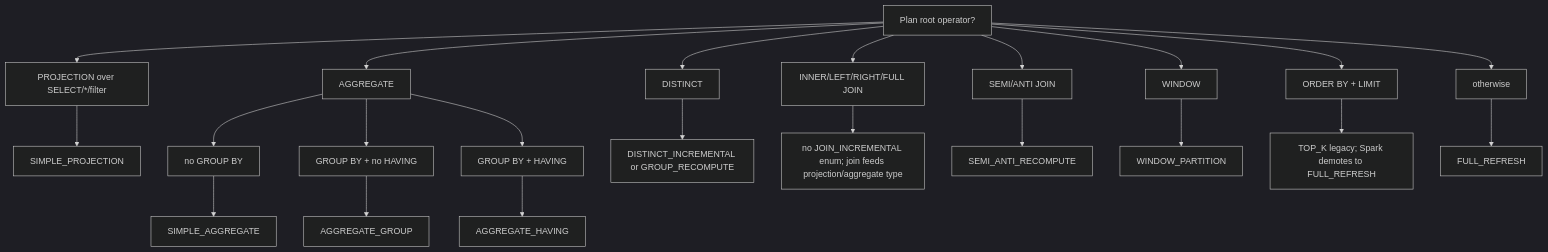
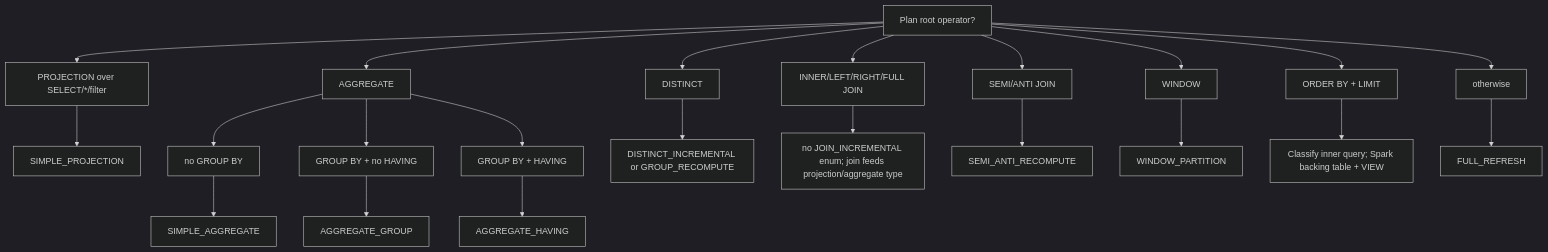
Before and after one commit to mdrakiburrahman/openivm-spark: the second of 2 diagrams in docs/architecture/openivm/3-incremental-checker-and-refresh-types.md, drawn with Mermaid (dark theme). The commit also changed other lines of this file and 11 other files, not shown here.

Commit message:
feat: maintain Top-K through backing views

````diff
--- a/docs/architecture/openivm/3-incremental-checker-and-refresh-types.md
+++ b/docs/architecture/openivm/3-incremental-checker-and-refresh-types.md
@@ -135,16 +135,16 @@
 ```mermaid
 flowchart TD
   R[Plan root operator?]
   R --> P[PROJECTION over SELECT/*/filter] --> SP[SIMPLE_PROJECTION]
   R --> A[AGGREGATE]
   A --> SA[no GROUP BY] --> SAG[SIMPLE_AGGREGATE]
   A --> AG[GROUP BY + no HAVING] --> AGT[AGGREGATE_GROUP]
   A --> AH[GROUP BY + HAVING] --> AHT[AGGREGATE_HAVING]
   R --> D[DISTINCT] --> DI[DISTINCT_INCREMENTAL or GROUP_RECOMPUTE]
   R --> J[INNER/LEFT/RIGHT/FULL JOIN]
   J --> JT[no JOIN_INCREMENTAL enum; join feeds projection/aggregate type]
   R --> SJ[SEMI/ANTI JOIN] --> SAR[SEMI_ANTI_RECOMPUTE]
   R --> W[WINDOW] --> WP[WINDOW_PARTITION]
-  R --> T[ORDER BY + LIMIT] --> TK[TOP_K legacy; Spark demotes to FULL_REFRESH]
+  R --> T[ORDER BY + LIMIT] --> TK[Classify inner query; Spark backing table + VIEW]
   R --> O[otherwise] --> FR[FULL_REFRESH]
 ```
````
